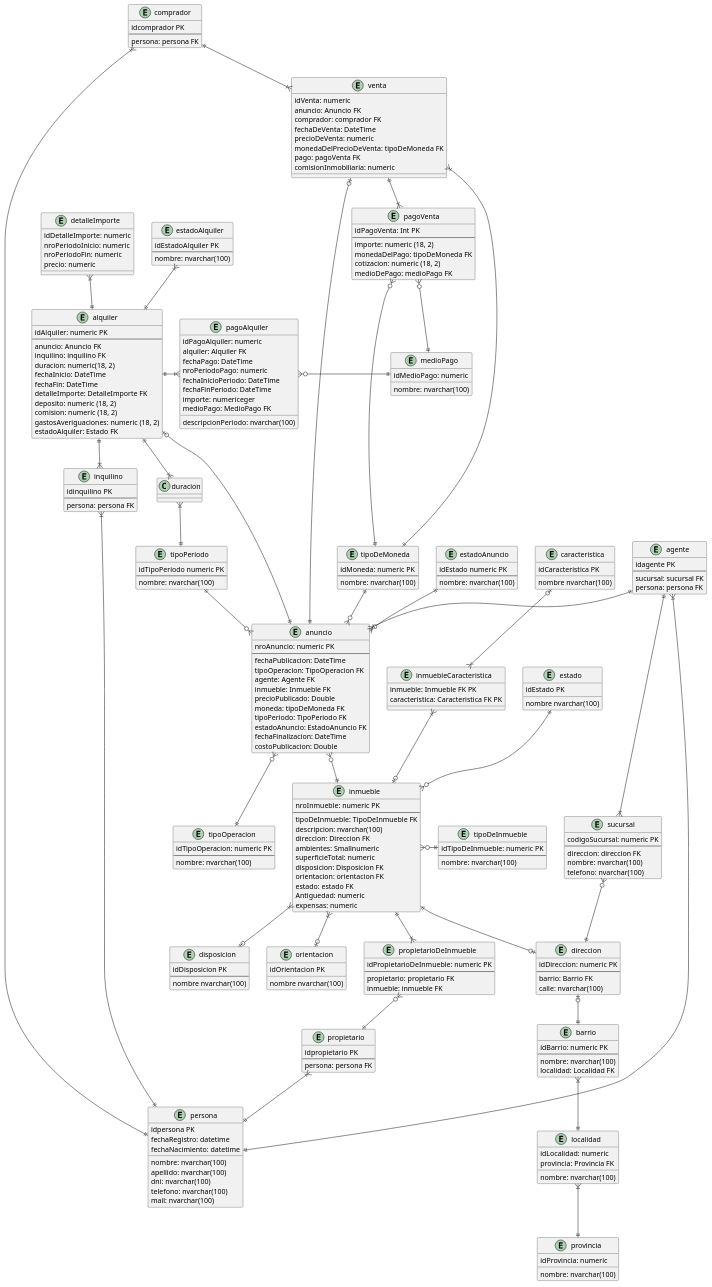
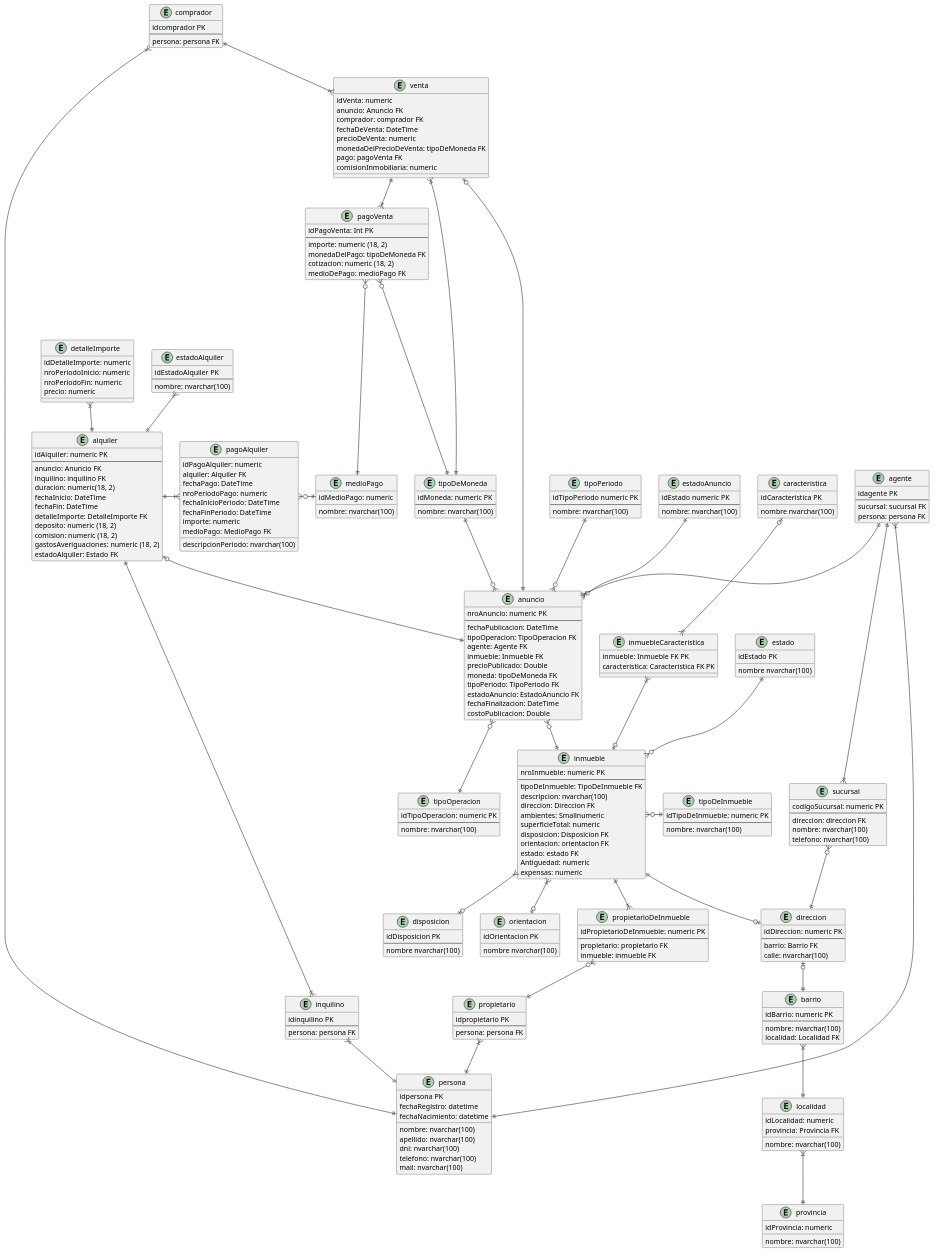
One commit to manutorrente/TP-GDD changed the diagram in der.wsd. Above: the diagram before and after it, drawn with PlantUML. The commit also changed 5 other files, not shown here.

```diff
--- a/der.wsd
+++ b/der.wsd
@@ -32,7 +32,7 @@
     descripcionPeriodo: nvarchar(100)
     fechaInicioPeriodo: DateTime
     fechaFinPeriodo: DateTime
-    importe: numericeger
+    importe: numeric
     medioPago: MedioPago FK
 }
 
@@ -262,9 +262,7 @@
 alquiler ||-|{ pagoAlquiler
 estadoAlquiler }|--|| alquiler
 alquiler |o--|| anuncio
-alquiler ||--|{ duracion
 
-duracion }|--|| tipoPeriodo
 
 
 ' Pagos
```
